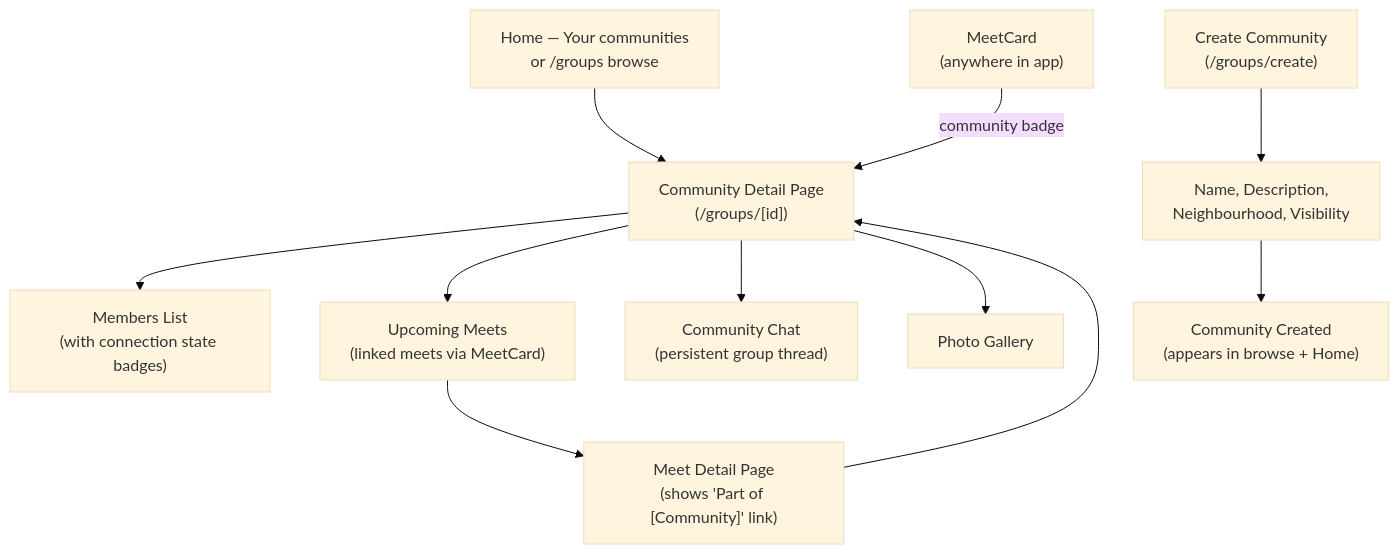
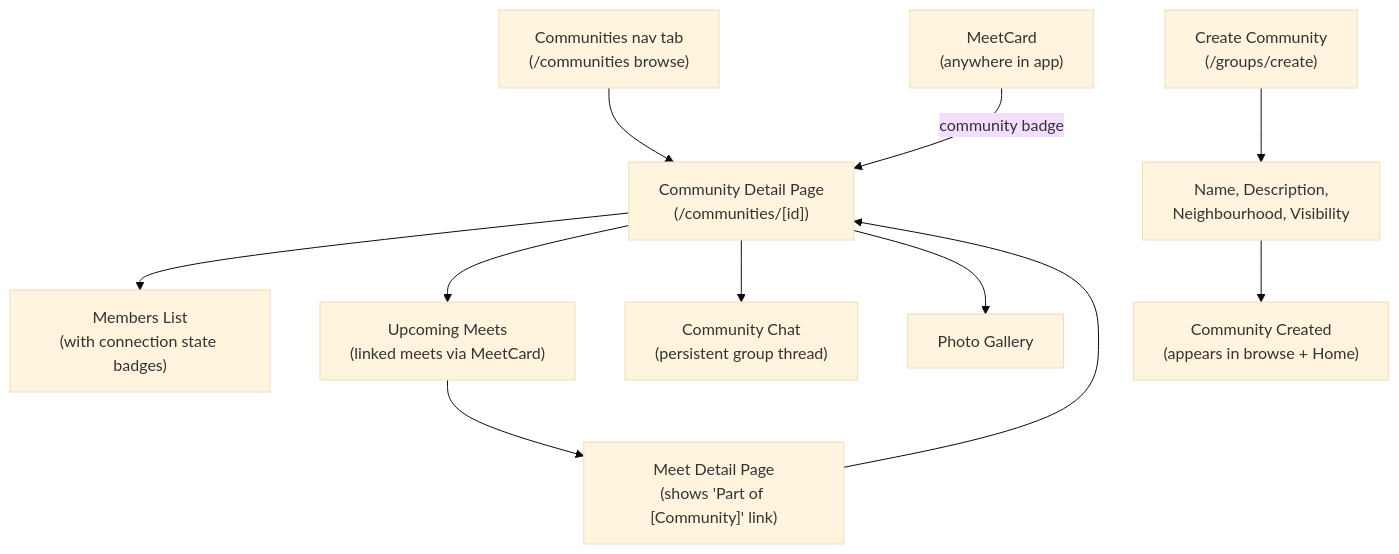
The diagram in docs/flows/groups.md (ShawnTalvacchia/doggo), drawn with Mermaid (base theme) before and after one commit. The commit also changed other lines of this file and 78 other files, not shown here.

````diff
--- a/docs/flows/groups.md
+++ b/docs/flows/groups.md
@@ -10,16 +10,16 @@
 ```mermaid
 flowchart TD
-    A["Home — Your communities\nor /groups browse"] --> B["Community Detail Page\n(/groups/[id])"]
+    A["Communities nav tab\n(/communities browse)"] --> B["Community Detail Page\n(/communities/[id])"]
     B --> C["Members List\n(with connection state badges)"]
     B --> D["Upcoming Meets\n(linked meets via MeetCard)"]
     B --> E["Community Chat\n(persistent group thread)"]
     B --> F["Photo Gallery"]
 
     G["Create Community\n(/groups/create)"] --> H["Name, Description,\nNeighbourhood, Visibility"]
     H --> I["Community Created\n(appears in browse + Home)"]
 
     D --> J["Meet Detail Page\n(shows 'Part of [Community]' link)"]
     J --> B
 
     K["MeetCard\n(anywhere in app)"] -->|"community badge"| B
 ```
````
